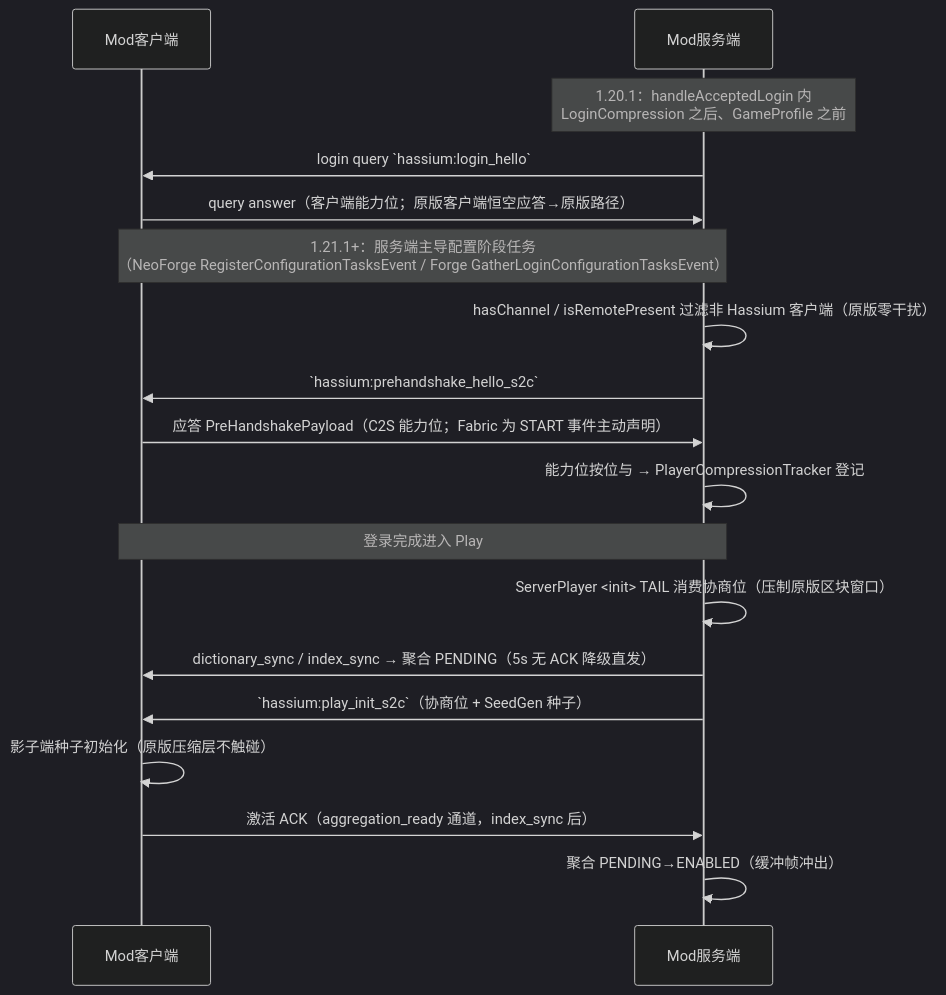
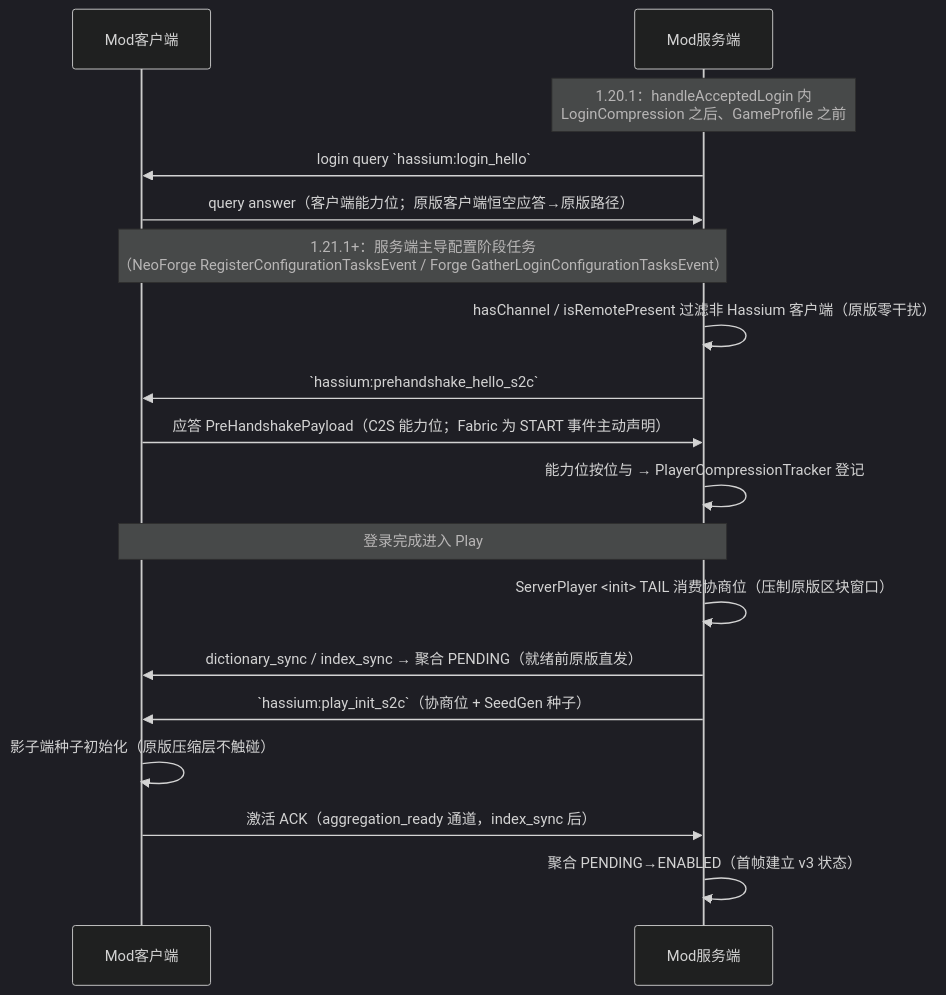
One commit to limuqy/Hassium changed the first of 3 diagrams in docs/architecture.md. Above: the diagram before and after it, drawn with Mermaid (dark theme). The commit also changed other lines of this file and 73 other files, not shown here.

````diff
--- a/docs/architecture.md
+++ b/docs/architecture.md
@@ -52,20 +52,20 @@
 ```mermaid
 sequenceDiagram
   participant C as Mod客户端
   participant S as Mod服务端
   Note over S: 1.20.1：handleAcceptedLogin 内<br/>LoginCompression 之后、GameProfile 之前
   S->>C: login query `hassium:login_hello`
   C->>S: query answer（客户端能力位；原版客户端恒空应答→原版路径）
   Note over C,S: 1.21.1+：服务端主导配置阶段任务<br/>（NeoForge RegisterConfigurationTasksEvent / Forge GatherLoginConfigurationTasksEvent）
   S->>S: hasChannel / isRemotePresent 过滤非 Hassium 客户端（原版零干扰）
   S->>C: `hassium:prehandshake_hello_s2c`
   C->>S: 应答 PreHandshakePayload（C2S 能力位；Fabric 为 START 事件主动声明）
   S->>S: 能力位按位与 → PlayerCompressionTracker 登记
   Note over C,S: 登录完成进入 Play
   S->>S: ServerPlayer <init> TAIL 消费协商位（压制原版区块窗口）
-  S->>C: dictionary_sync / index_sync → 聚合 PENDING（5s 无 ACK 降级直发）
+  S->>C: dictionary_sync / index_sync → 聚合 PENDING（就绪前原版直发）
   S->>C: `hassium:play_init_s2c`（协商位 + SeedGen 种子）
   C->>C: 影子端种子初始化（原版压缩层不触碰）
   C->>S: 激活 ACK（aggregation_ready 通道，index_sync 后）
-  S->>S: 聚合 PENDING→ENABLED（缓冲帧冲出）
+  S->>S: 聚合 PENDING→ENABLED（首帧建立 v3 状态）
 ```
````
